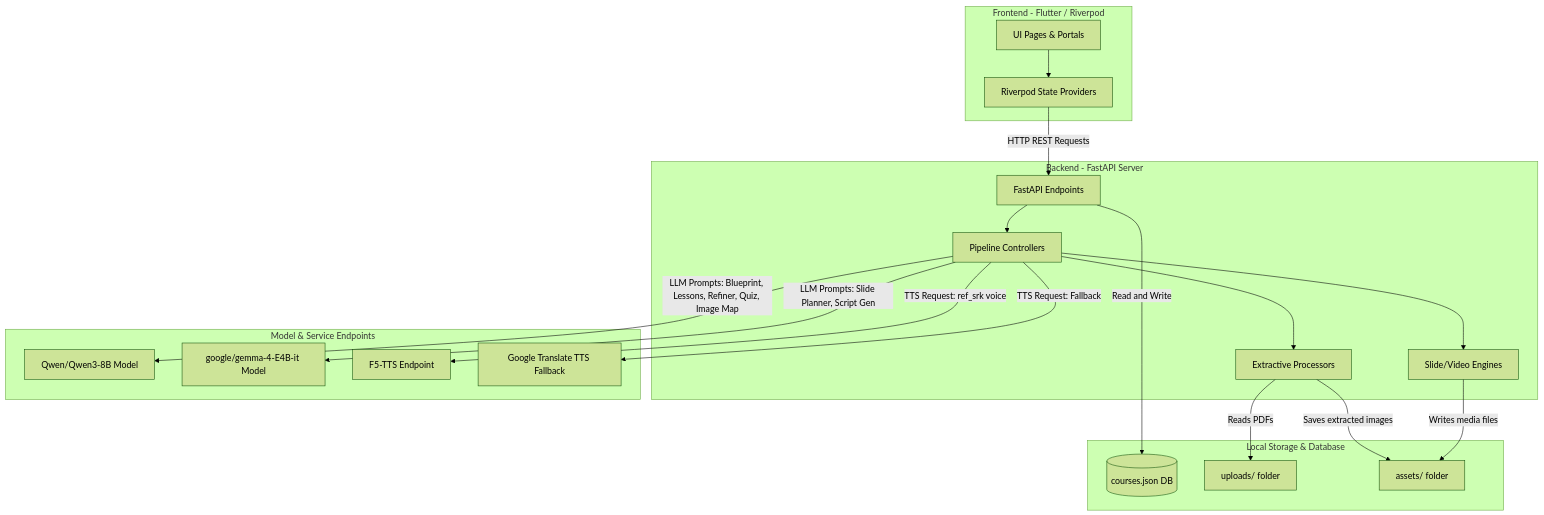
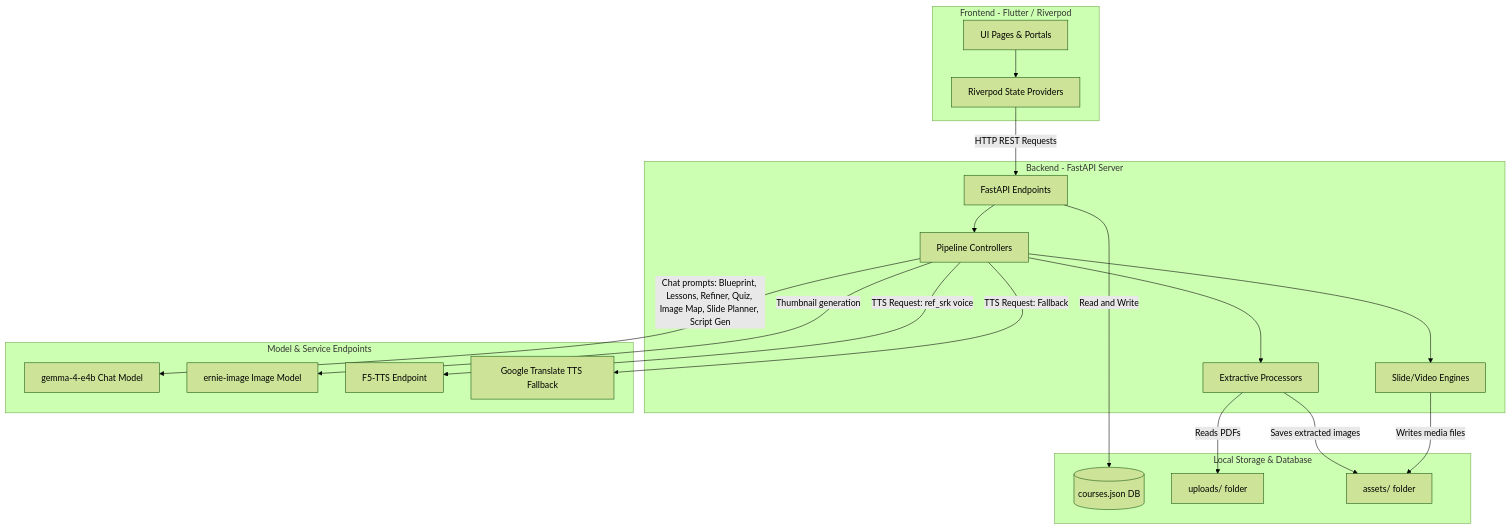
The first of 2 diagrams in README.md (PraharshSrivastava/learning-management), drawn with Mermaid (forest theme) before and after one commit. The commit also changed other lines of this file and 59 other files, not shown here.

````diff
--- a/README.md
+++ b/README.md
@@ -17,42 +17,42 @@
 ```mermaid
 graph TD
     subgraph Frontend [Frontend - Flutter / Riverpod]
         UI[UI Pages & Portals]
         RP[Riverpod State Providers]
         UI --> RP
     end
 
     subgraph Backend [Backend - FastAPI Server]
         API[FastAPI Endpoints]
         PL[Pipeline Controllers]
         EXT[Extractive Processors]
         GEN[Slide/Video Engines]
         API --> PL
         PL --> EXT
         PL --> GEN
     end
 
     subgraph Storage [Local Storage & Database]
         DB[(courses.json DB)]
         DIR_PDF[uploads/ folder]
         DIR_ASSETS[assets/ folder]
     end
 
     subgraph ModelEndpoints [Model & Service Endpoints]
-        LLM_QWEN[Qwen/Qwen3-8B Model]
-        LLM_GEMMA[google/gemma-4-E4B-it Model]
+        LLM_GEMMA[gemma-4-e4b Chat Model]
+        IMG_ERNIE[ernie-image Image Model]
         TTS_F5[F5-TTS Endpoint]
         TTS_G[Google Translate TTS Fallback]
     end
 
     RP -->|HTTP REST Requests| API
     API -->|Read and Write| DB
     EXT -->|Reads PDFs| DIR_PDF
     GEN -->|Writes media files| DIR_ASSETS
     EXT -->|Saves extracted images| DIR_ASSETS
 
-    PL -->|LLM Prompts: Blueprint, Lessons, Refiner, Quiz, Image Map| LLM_QWEN
-    PL -->|LLM Prompts: Slide Planner, Script Gen| LLM_GEMMA
+    PL -->|Chat prompts: Blueprint, Lessons, Refiner, Quiz, Image Map, Slide Planner, Script Gen| LLM_GEMMA
+    PL -->|Thumbnail generation| IMG_ERNIE
     PL -->|TTS Request: ref_srk voice| TTS_F5
     PL -->|TTS Request: Fallback| TTS_G
 ```
````
